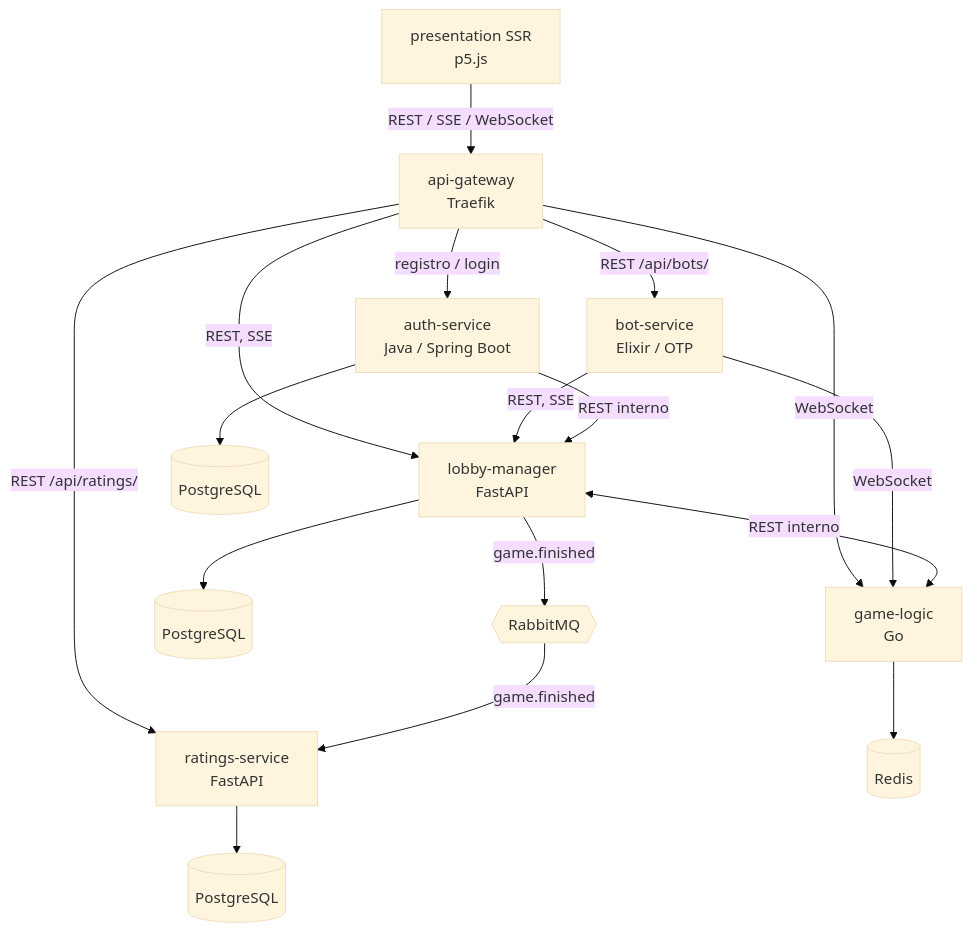
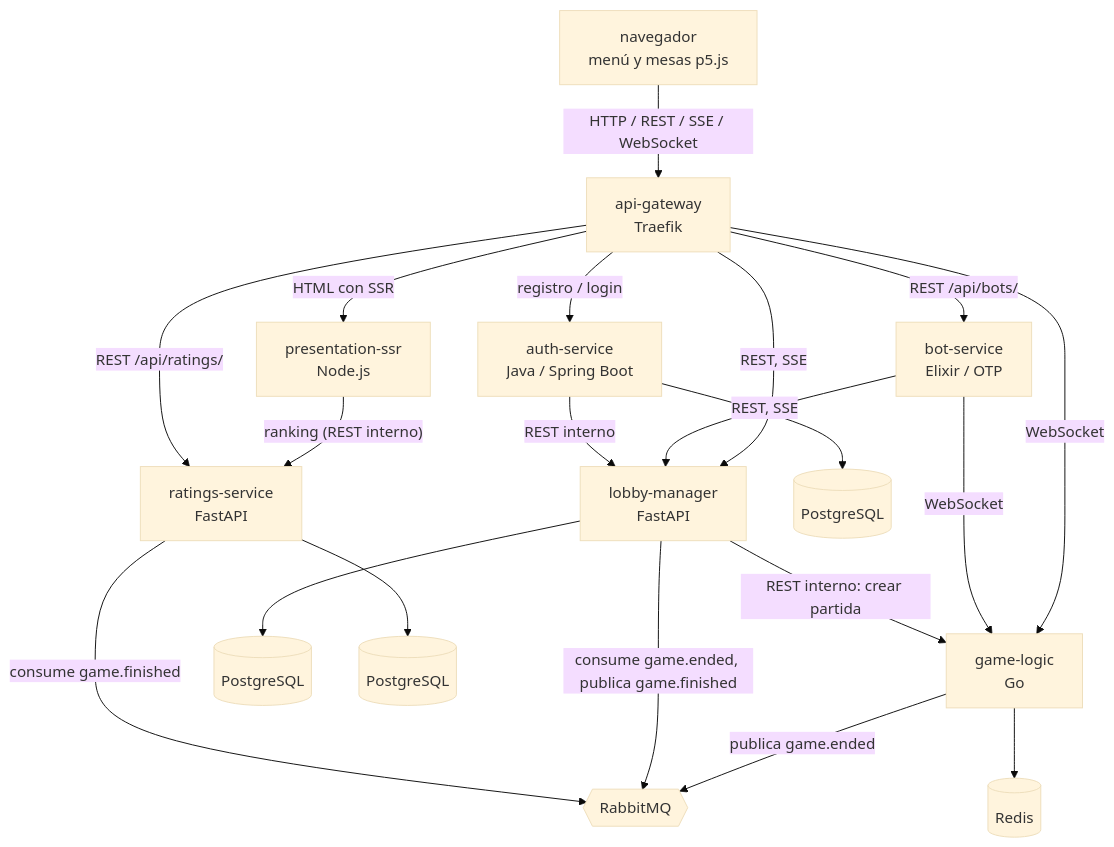
Before and after one commit to soetgdeznsgk/ArchSoft-Group1F: the diagram in README.md, drawn with Mermaid (base theme). The commit also changed 33 other files, not shown here.

First line of the commit message:
Publish game results on RabbitMQ to remove the Lobby <-> Game Logic cycle

````diff
--- a/README.md
+++ b/README.md
@@ -10,19 +10,22 @@
 ```mermaid
 flowchart TB
-  P[presentation SSR<br/>p5.js] -- "REST / SSE / WebSocket" --> G[api-gateway<br/>Traefik]
+  C[navegador<br/>menú y mesas p5.js] -- "HTTP / REST / SSE / WebSocket" --> G[api-gateway<br/>Traefik]
+  G -- "HTML con SSR" --> P[presentation-ssr<br/>Node.js]
+  P -- "ranking (REST interno)" --> RS
   G -- "REST, SSE" --> L[lobby-manager<br/>FastAPI]
   G -- "registro / login" --> A[auth-service<br/>Java / Spring Boot]
   G -- WebSocket --> GL[game-logic<br/>Go]
   G -- "REST /api/bots/" --> B[bot-service<br/>Elixir / OTP]
   G -- "REST /api/ratings/" --> RS[ratings-service<br/>FastAPI]
   B -- "REST, SSE" --> L
   B -- WebSocket --> GL
   A -- "REST interno" --> L
-  L <-- "REST interno" --> GL
+  L -- "REST interno: crear partida" --> GL
+  GL -- "publica game.ended" --> MQ{{RabbitMQ}}
+  L -- "consume game.ended, publica game.finished" --> MQ
+  RS -- "consume game.finished" --> MQ
   L --> PG[(PostgreSQL)]
-  L -- "game.finished" --> MQ{{RabbitMQ}}
-  MQ -- "game.finished" --> RS
   RS --> RPG[(PostgreSQL)]
   A --> APG[(PostgreSQL)]
   GL --> R[(Redis)]
 ```
````
